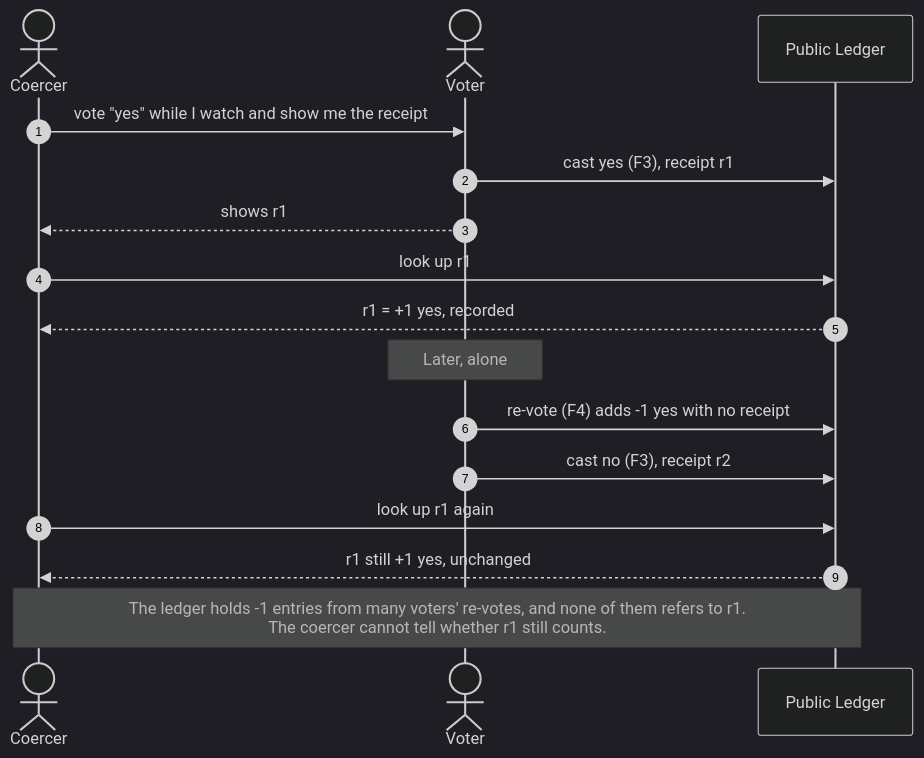
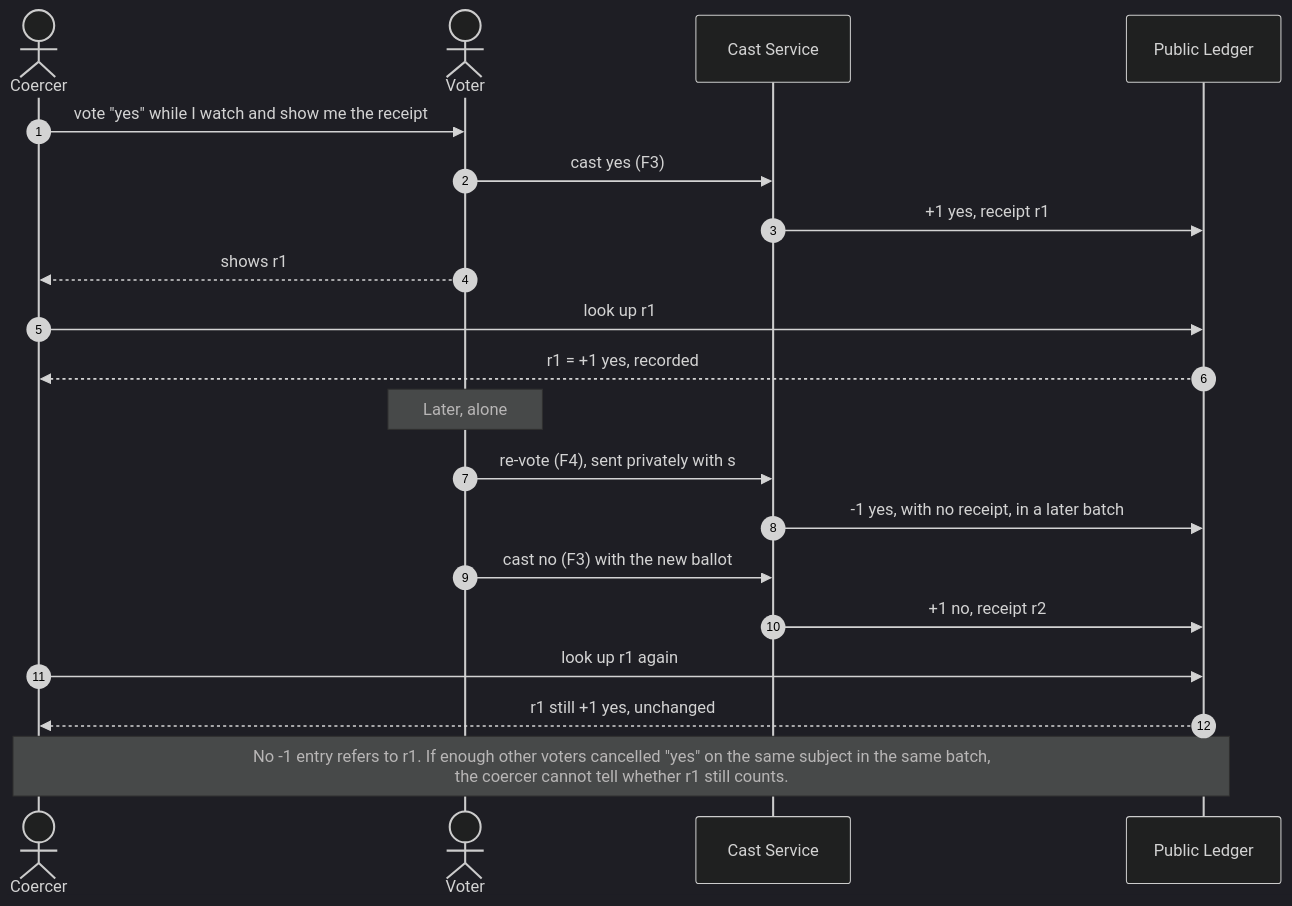
One commit to s4ysolutions/e-voting-machine changed the seventh of 8 diagrams in docs/04-flows.md. Above: the diagram before and after it, drawn with Mermaid (dark theme). The commit also changed other lines of this file and 8 other files, not shown here.

````diff
--- a/docs/04-flows.md
+++ b/docs/04-flows.md
@@ -182,19 +211,23 @@
 ```mermaid
 sequenceDiagram
     autonumber
     actor C as Coercer
     actor V as Voter
+    participant CS as Cast Service
     participant L as Public Ledger
 
     C->>V: vote "yes" while I watch and show me the receipt
-    V->>L: cast yes (F3), receipt r1
+    V->>CS: cast yes (F3)
+    CS->>L: +1 yes, receipt r1
     V-->>C: shows r1
     C->>L: look up r1
     L-->>C: r1 = +1 yes, recorded
     Note over V: Later, alone
-    V->>L: re-vote (F4) adds -1 yes with no receipt
-    V->>L: cast no (F3), receipt r2
+    V->>CS: re-vote (F4), sent privately with s
+    CS->>L: -1 yes, with no receipt, in a later batch
+    V->>CS: cast no (F3) with the new ballot
+    CS->>L: +1 no, receipt r2
     C->>L: look up r1 again
     L-->>C: r1 still +1 yes, unchanged
-    Note over C,L: The ledger holds -1 entries from many voters' re-votes, and none of them refers to r1.<br/>The coercer cannot tell whether r1 still counts.
+    Note over C,L: No -1 entry refers to r1. If enough other voters cancelled "yes" on the same subject in the same batch,<br/>the coercer cannot tell whether r1 still counts.
 ```
````
